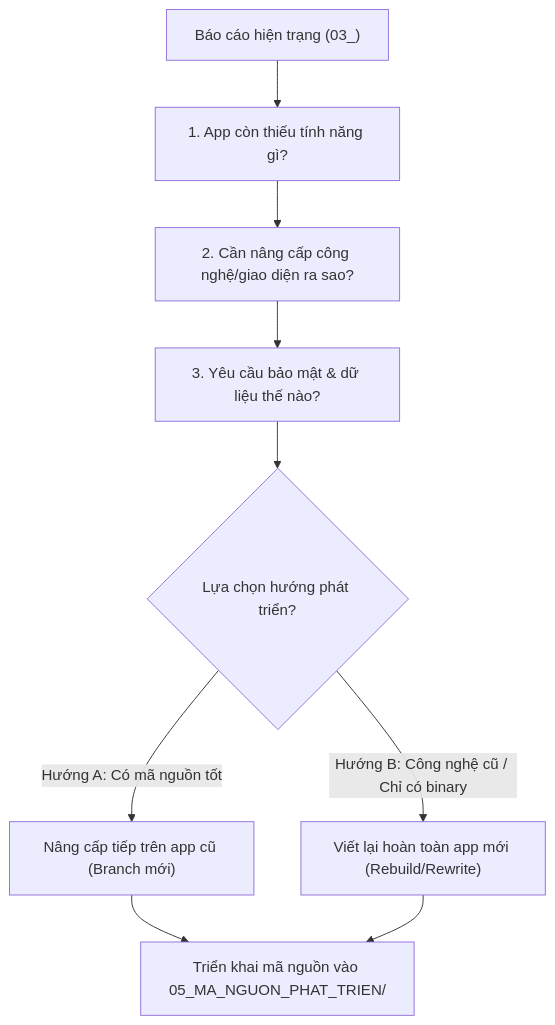
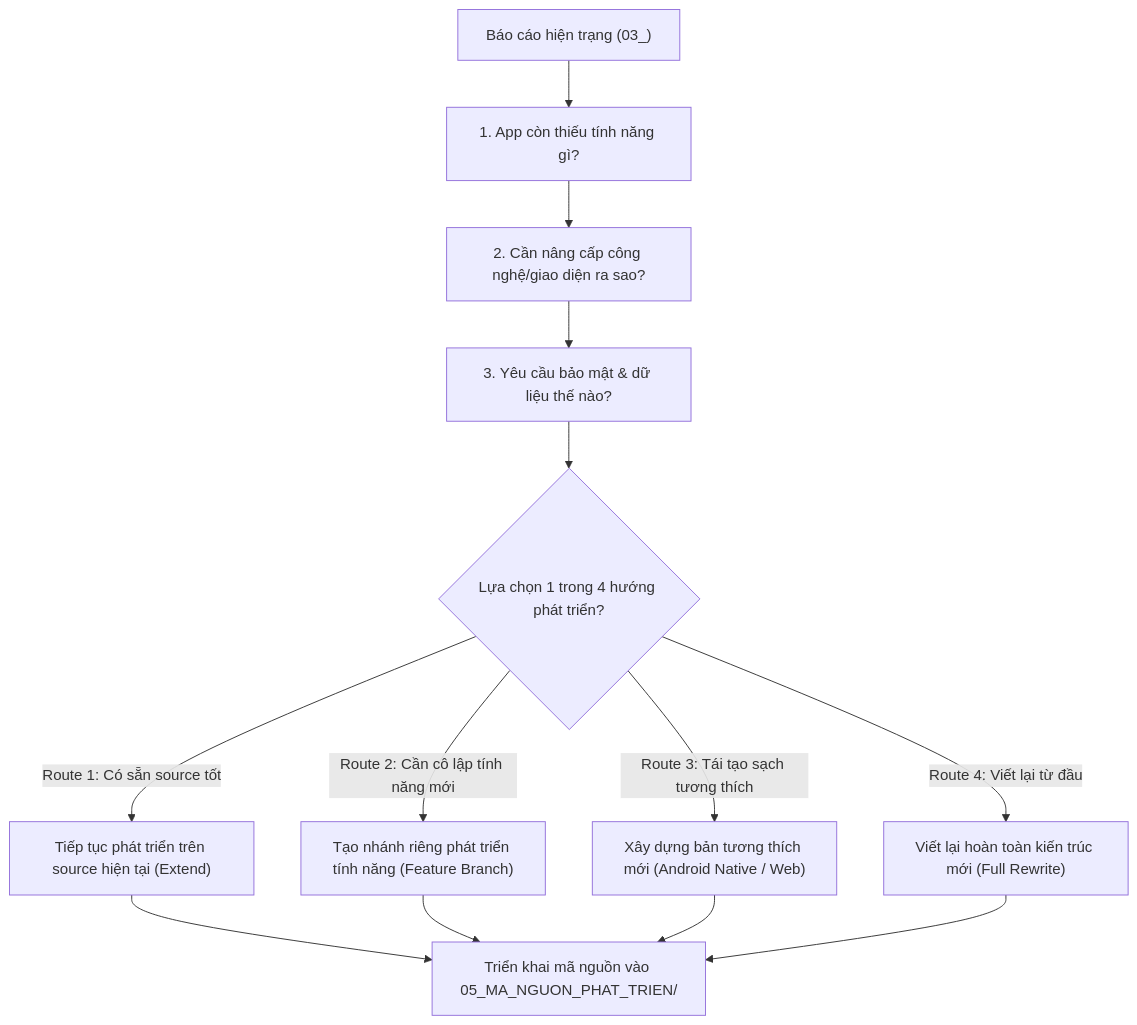
Before and after one commit to kimducanh27-cpu/REA-kit-agy: the third of 4 diagrams in docs/ARCHITECTURE.md, drawn with Mermaid. The commit also changed other lines of this file and 10 other files, not shown here.

Commit message:
feat(arch): align end-to-end architecture with 4 build routes, Anthropic 4-layer memory, and handoff contracts

````diff
--- a/docs/ARCHITECTURE.md
+++ b/docs/ARCHITECTURE.md
@@ -146,11 +205,15 @@
 ```mermaid
 flowchart TD
     Report["Báo cáo hiện trạng (03_)"] --> Q1["1. App còn thiếu tính năng gì?"]
     Q1 --> Q2["2. Cần nâng cấp công nghệ/giao diện ra sao?"]
     Q2 --> Q3["3. Yêu cầu bảo mật & dữ liệu thế nào?"]
-    Q3 --> Decision{Lựa chọn hướng phát triển?}
-    Decision -->|Hướng A: Có mã nguồn tốt| Branch["Nâng cấp tiếp trên app cũ (Branch mới)"]
-    Decision -->|Hướng B: Công nghệ cũ / Chỉ có binary| Rewrite["Viết lại hoàn toàn app mới (Rebuild/Rewrite)"]
-    Branch --> Build["Triển khai mã nguồn vào 05_MA_NGUON_PHAT_TRIEN/"]
+    Q3 --> Decision{Lựa chọn 1 trong 4 hướng phát triển?}
+    Decision -->|Route 1: Có sẵn source tốt| Extend["Tiếp tục phát triển trên source hiện tại (Extend)"]
+    Decision -->|Route 2: Cần cô lập tính năng mới| Branch["Tạo nhánh riêng phát triển tính năng (Feature Branch)"]
+    Decision -->|Route 3: Tái tạo sạch tương thích| Compatible["Xây dựng bản tương thích mới (Android Native / Web)"]
+    Decision -->|Route 4: Viết lại từ đầu| Rewrite["Viết lại hoàn toàn kiến trúc mới (Full Rewrite)"]
+    Extend --> Build["Triển khai mã nguồn vào 05_MA_NGUON_PHAT_TRIEN/"]
+    Branch --> Build
+    Compatible --> Build
     Rewrite --> Build
 ```
````
